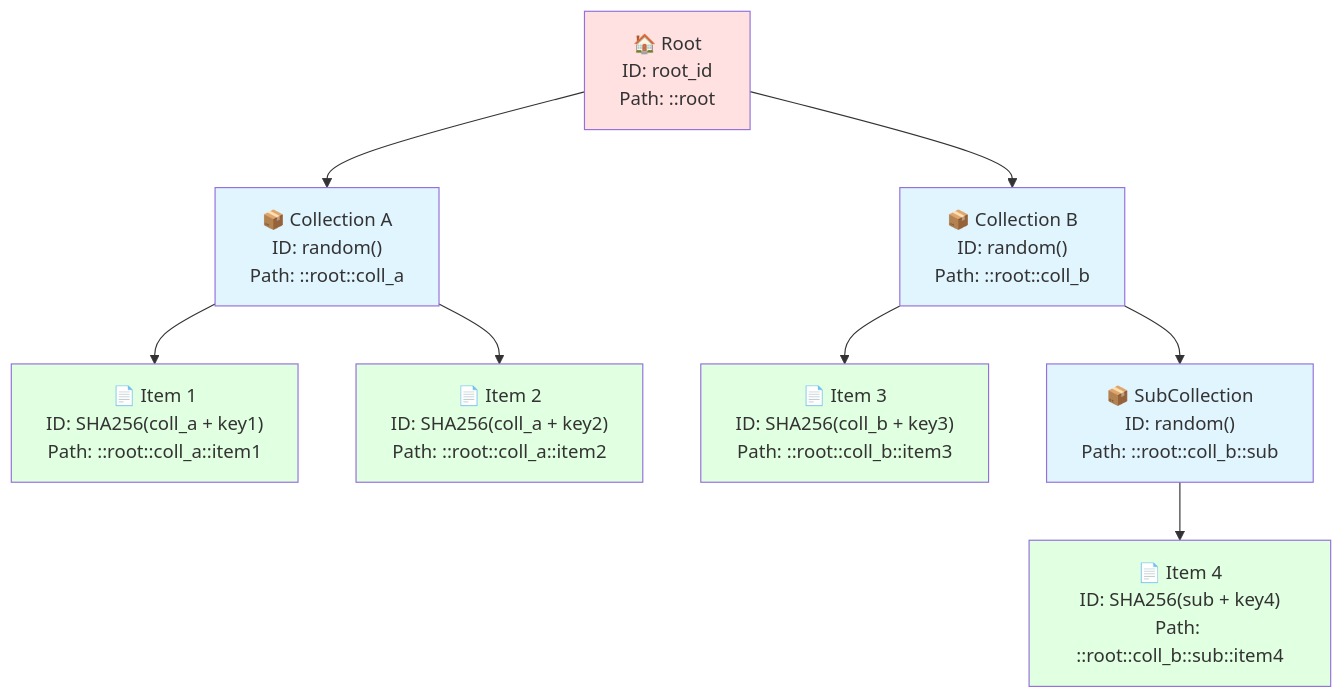
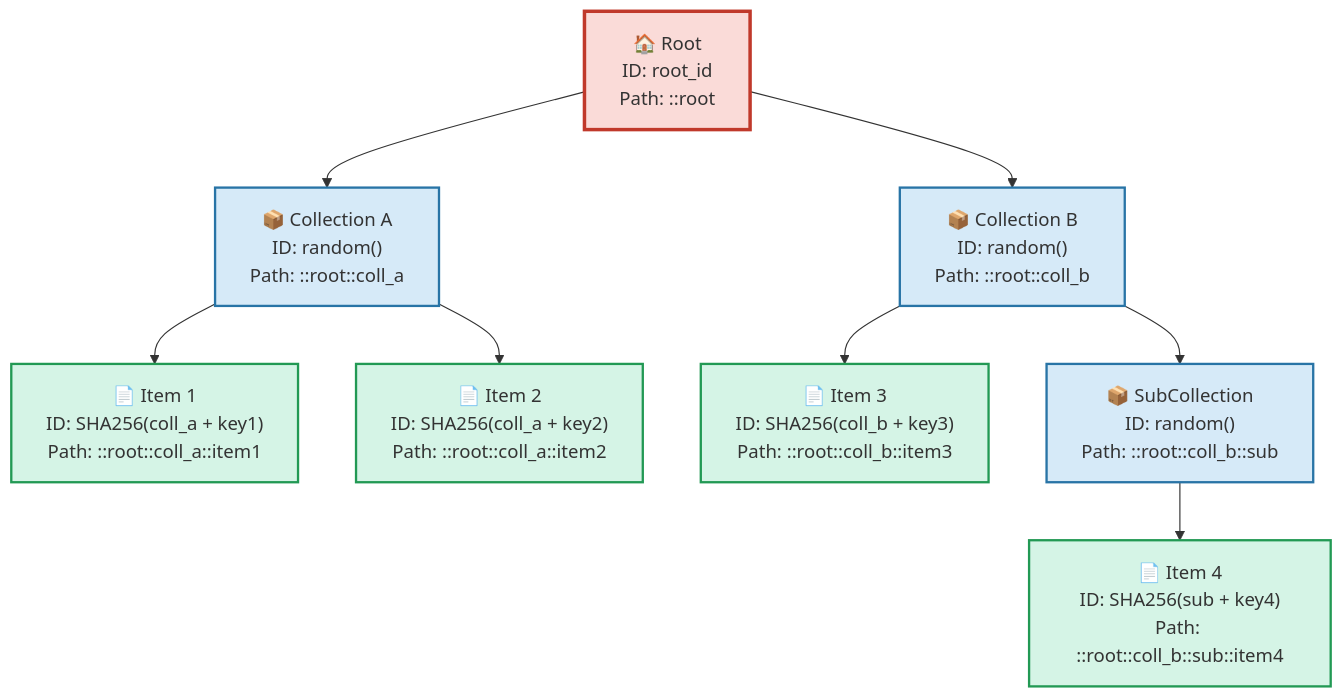
Before and after one commit to calimero-network/core: the eighth of 9 diagrams in crates/storage/README.md, drawn with Mermaid. The commit also changed other lines of this file, not shown here.

First line of the commit message:
docs(storage): improve diagram color schemes for readability

````diff
--- a/crates/storage/README.md
+++ b/crates/storage/README.md
@@ -268,32 +291,32 @@
 ```mermaid
 graph TD
     Root["🏠 Root<br/>ID: root_id<br/>Path: ::root"]
     
     CollA["📦 Collection A<br/>ID: random()<br/>Path: ::root::coll_a"]
     CollB["📦 Collection B<br/>ID: random()<br/>Path: ::root::coll_b"]
     
     Item1["📄 Item 1<br/>ID: SHA256(coll_a + key1)<br/>Path: ::root::coll_a::item1"]
     Item2["📄 Item 2<br/>ID: SHA256(coll_a + key2)<br/>Path: ::root::coll_a::item2"]
     
     Item3["📄 Item 3<br/>ID: SHA256(coll_b + key3)<br/>Path: ::root::coll_b::item3"]
     
     SubColl["📦 SubCollection<br/>ID: random()<br/>Path: ::root::coll_b::sub"]
     Item4["📄 Item 4<br/>ID: SHA256(sub + key4)<br/>Path: ::root::coll_b::sub::item4"]
     
     Root --> CollA
     Root --> CollB
     CollA --> Item1
     CollA --> Item2
     CollB --> Item3
     CollB --> SubColl
     SubColl --> Item4
     
-    style Root fill:#ffe1e1
-    style CollA fill:#e1f5ff
-    style CollB fill:#e1f5ff
-    style SubColl fill:#e1f5ff
-    style Item1 fill:#e1ffe1
-    style Item2 fill:#e1ffe1
-    style Item3 fill:#e1ffe1
-    style Item4 fill:#e1ffe1
+    style Root fill:#FADBD8,stroke:#C0392B,stroke-width:3px
+    style CollA fill:#D6EAF8,stroke:#2874A6,stroke-width:2px
+    style CollB fill:#D6EAF8,stroke:#2874A6,stroke-width:2px
+    style SubColl fill:#D6EAF8,stroke:#2874A6,stroke-width:2px
+    style Item1 fill:#D5F4E6,stroke:#229954,stroke-width:2px
+    style Item2 fill:#D5F4E6,stroke:#229954,stroke-width:2px
+    style Item3 fill:#D5F4E6,stroke:#229954,stroke-width:2px
+    style Item4 fill:#D5F4E6,stroke:#229954,stroke-width:2px
 ```
````
